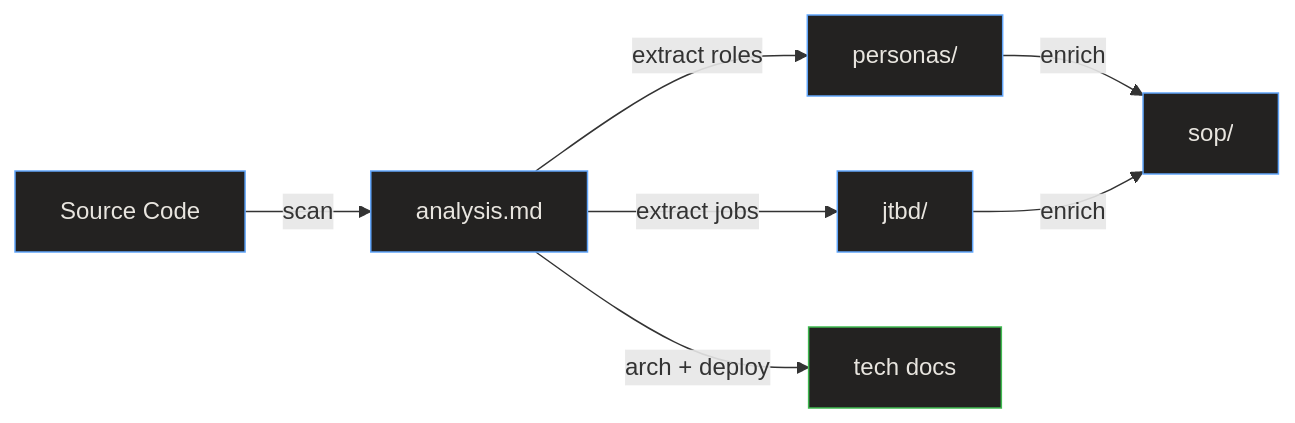
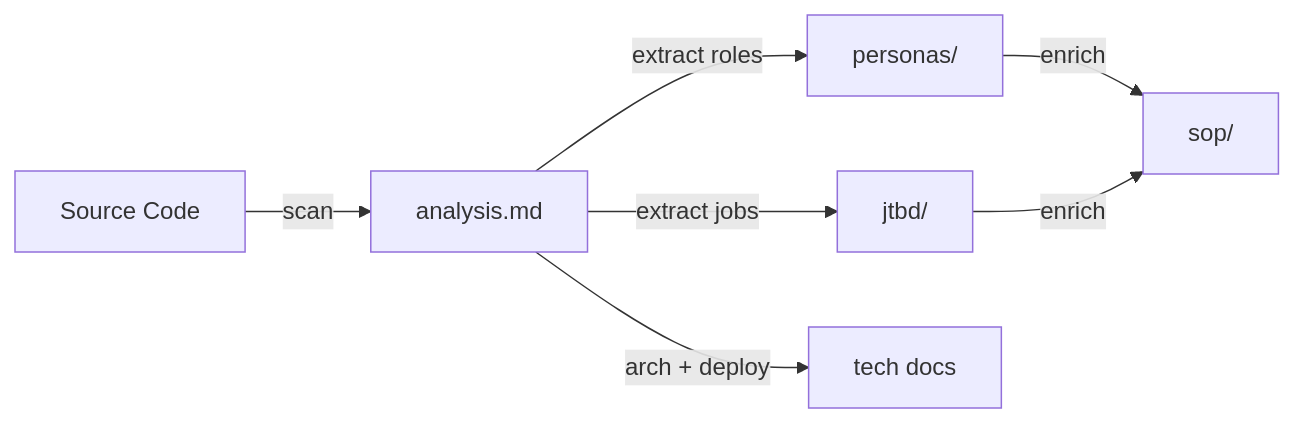
Before and after one commit to relukdev/doc-kit: the second of 3 diagrams in astro-site/src/content/docs/data-flow.md, drawn with Mermaid. The commit also changed other lines of this file and 48 other files, not shown here.

First line of the commit message:
fix: remove hard-coded Mermaid dark-mode colors, use native themes for light/dark

````diff
--- a/astro-site/src/content/docs/data-flow.md
+++ b/astro-site/src/content/docs/data-flow.md
@@ -36,16 +33,10 @@
 ```mermaid
 graph LR
-    style A fill:#232221,stroke:#60A5FA,color:#E8E5DF
-    style B fill:#232221,stroke:#60A5FA,color:#E8E5DF
-    style C fill:#232221,stroke:#60A5FA,color:#E8E5DF
-    style D fill:#232221,stroke:#60A5FA,color:#E8E5DF
-    style E fill:#232221,stroke:#60A5FA,color:#E8E5DF
-    style F fill:#232221,stroke:#3fb950,color:#E8E5DF
 
     A["Source Code"] -->|"scan"| B["analysis.md"]
     B -->|"extract roles"| C["personas/"]
     B -->|"extract jobs"| D["jtbd/"]
     C -->|"enrich"| E["sop/"]
     D -->|"enrich"| E
     B -->|"arch + deploy"| F["tech docs"]
 ```
````
